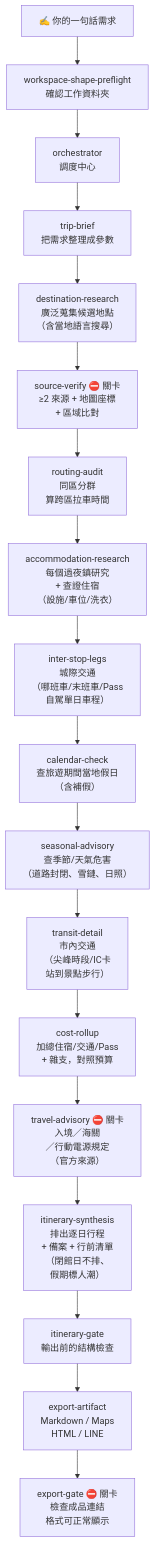
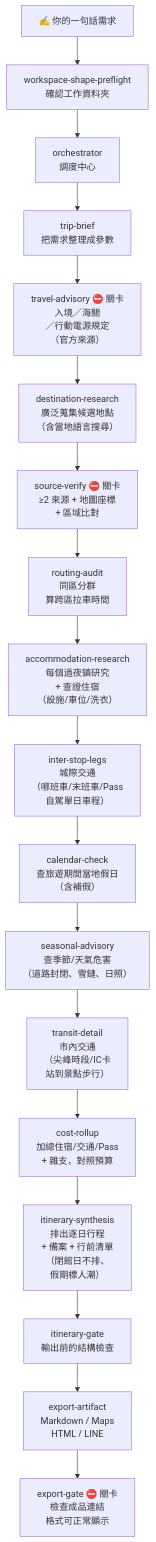
One commit to helping-ai-workflow/tripwork changed the diagram in README.md. Above: the diagram before and after it, drawn with Mermaid. The commit also changed other lines of this file and 5 other files, not shown here.

First line of the commit message:
feat(pipeline): travel-advisory runs before research; canonical itinerary.yaml marker (D4/D3)

````diff
--- a/README.md
+++ b/README.md
@@ -113,22 +113,22 @@
 ```mermaid
 %%{init: {'flowchart':{'htmlLabels':true}}}%%
 flowchart TB
     P["✍️ 你的一句話需求"]
     P --> WSP["workspace-shape-preflight<br/>確認工作資料夾"]
     WSP --> ORC["orchestrator<br/>調度中心"]
     ORC --> TB["trip-brief<br/>把需求整理成參數"]
-    TB --> DR["destination-research<br/>廣泛蒐集候選地點<br/>（含當地語言搜尋）"]
+    TB --> ADV["travel-advisory ⛔ 關卡<br/>入境／海關<br/>／行動電源規定<br/>（官方來源）"]
+    ADV --> DR["destination-research<br/>廣泛蒐集候選地點<br/>（含當地語言搜尋）"]
     DR --> SV["source-verify ⛔ 關卡<br/>≥2 來源 + 地圖座標<br/>+ 區域比對"]
     SV --> RA["routing-audit<br/>同區分群<br/>算跨區拉車時間"]
     RA --> ACC["accommodation-research<br/>每個過夜鎮研究<br/>+ 查證住宿<br/>（設施/車位/洗衣）"]
     ACC --> LEG["inter-stop-legs<br/>城際交通<br/>（哪班車/末班車/Pass<br/>自駕單日車程）"]
     LEG --> CAL["calendar-check<br/>查旅遊期間當地假日<br/>（含補假）"]
     CAL --> SEA["seasonal-advisory<br/>查季節/天氣危害<br/>（道路封閉、雪鏈、日照）"]
     SEA --> TRN["transit-detail<br/>市內交通<br/>（尖峰時段/IC卡<br/>站到景點步行）"]
     TRN --> COST["cost-rollup<br/>加總住宿/交通/Pass<br/>+ 雜支，對照預算"]
-    COST --> ADV["travel-advisory ⛔ 關卡<br/>入境／海關<br/>／行動電源規定<br/>（官方來源）"]
-    ADV --> SYN["itinerary-synthesis<br/>排出逐日行程<br/>+ 備案 + 行前清單<br/>（閉館日不排、<br/>假期標人潮）"]
+    COST --> SYN["itinerary-synthesis<br/>排出逐日行程<br/>+ 備案 + 行前清單<br/>（閉館日不排、<br/>假期標人潮）"]
     SYN --> GATE["itinerary-gate<br/>輸出前的結構檢查"]
     GATE --> EXP["export-artifact<br/>Markdown / Maps<br/>HTML / LINE"]
     EXP --> EGATE["export-gate ⛔ 關卡<br/>檢查成品連結<br/>格式可正常顯示"]
 ```
````
